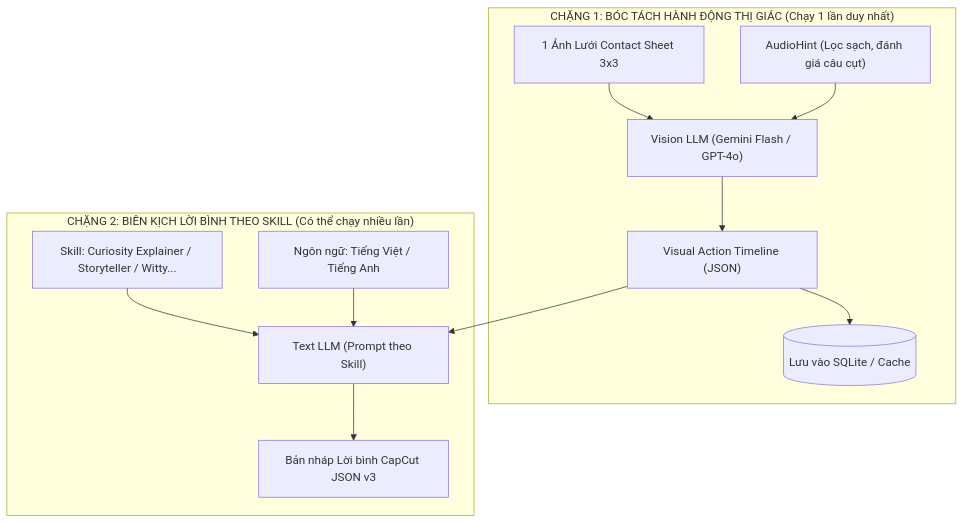
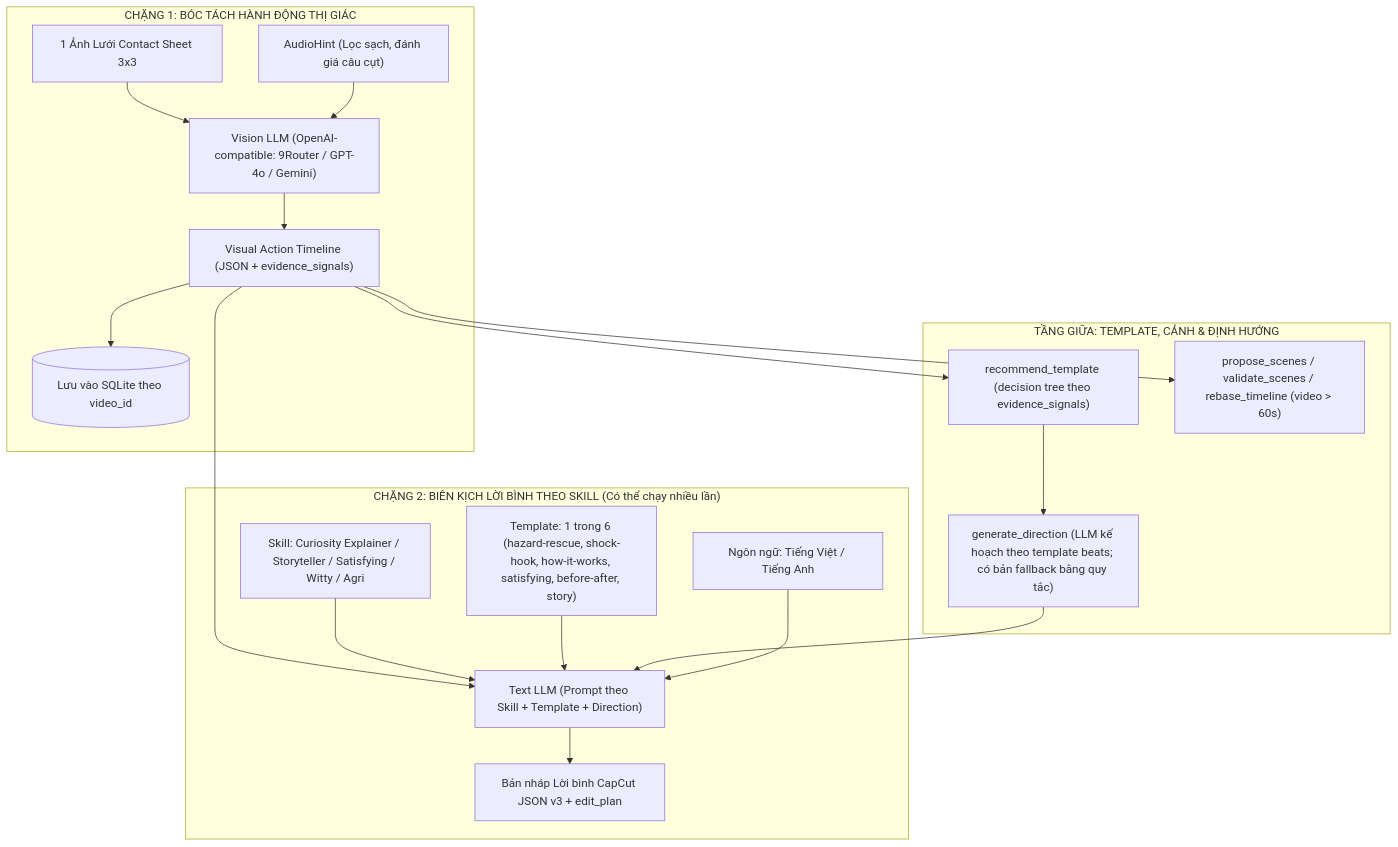
Before and after one commit to etximake/FableCut-Studio: the diagram in docs/design/02_two_stage_commentary_engine.md, drawn with Mermaid. The commit also changed other lines of this file and 17 other files, not shown here.

````diff
--- a/docs/design/02_two_stage_commentary_engine.md
+++ b/docs/design/02_two_stage_commentary_engine.md
@@ -6,16 +6,24 @@
 ```mermaid
 flowchart TD
-    subgraph Stage1_Box ["CHẶNG 1: BÓC TÁCH HÀNH ĐỘNG THỊ GIÁC (Chạy 1 lần duy nhất)"]
-        ContactSheet["1 Ảnh Lưới Contact Sheet 3x3"] --> VisionLLM["Vision LLM (Gemini Flash / GPT-4o)"]
+    subgraph Stage1_Box ["CHẶNG 1: BÓC TÁCH HÀNH ĐỘNG THỊ GIÁC"]
+        ContactSheet["1 Ảnh Lưới Contact Sheet 3x3"] --> VisionLLM["Vision LLM (OpenAI-compatible: 9Router / GPT-4o / Gemini)"]
         AudioHint["AudioHint (Lọc sạch, đánh giá câu cụt)"] --> VisionLLM
-        VisionLLM --> VisualTimeline["Visual Action Timeline (JSON)"]
-        VisualTimeline --> CacheStorage[(Lưu vào SQLite / Cache)]
+        VisionLLM --> VisualTimeline["Visual Action Timeline (JSON + evidence_signals)"]
+        VisualTimeline --> CacheStorage[(Lưu vào SQLite theo video_id)]
+    end
+
+    subgraph Between ["TẦNG GIỮA: TEMPLATE, CẢNH & ĐỊNH HƯỚNG"]
+        VisualTimeline --> Rec["recommend_template (decision tree theo evidence_signals)"]
+        VisualTimeline --> SceneSel["propose_scenes / validate_scenes / rebase_timeline (video > 60s)"]
+        Rec --> Dir["generate_direction (LLM kế hoạch theo template beats; có bản fallback bằng quy tắc)"]
     end
 
     subgraph Stage2_Box ["CHẶNG 2: BIÊN KỊCH LỜI BÌNH THEO SKILL (Có thể chạy nhiều lần)"]
-        VisualTimeline --> TextLLM["Text LLM (Prompt theo Skill)"]
-        SelectedSkill["Skill: Curiosity Explainer / Storyteller / Witty..."] --> TextLLM
+        VisualTimeline --> TextLLM["Text LLM (Prompt theo Skill + Template + Direction)"]
+        SelectedSkill["Skill: Curiosity Explainer / Storyteller / Satisfying / Witty / Agri"] --> TextLLM
+        SelectedTemplate["Template: 1 trong 6 (hazard-rescue, shock-hook, how-it-works, satisfying, before-after, story)"] --> TextLLM
+        Dir --> TextLLM
         TargetLanguage["Ngôn ngữ: Tiếng Việt / Tiếng Anh"] --> TextLLM
-        TextLLM --> CapCutScript["Bản nháp Lời bình CapCut JSON v3"]
+        TextLLM --> CapCutScript["Bản nháp Lời bình CapCut JSON v3 + edit_plan"]
     end
 ```
````
